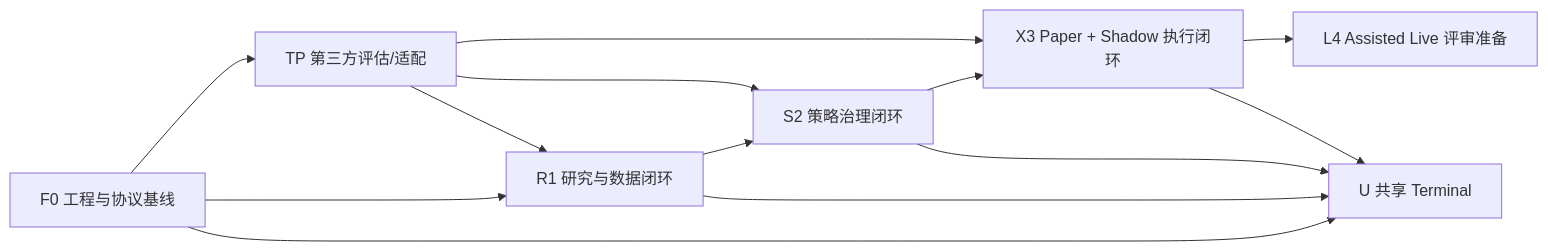
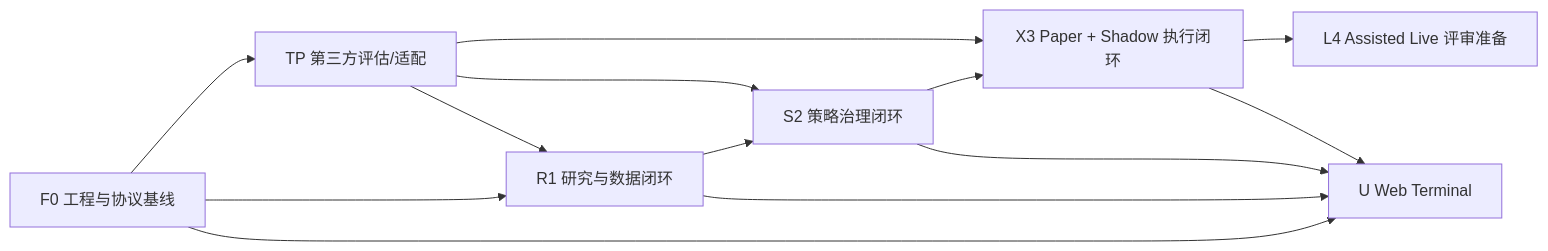
Before and after one commit to SumAlphaAI/QuantOS: the diagram in docs/SumAlpha-QuantOS-Development-Plan.md, drawn with Mermaid. The commit also changed other lines of this file and 1 other file, not shown here.

````diff
--- a/docs/SumAlpha-QuantOS-Development-Plan.md
+++ b/docs/SumAlpha-QuantOS-Development-Plan.md
@@ -107,15 +108,15 @@
 ```mermaid
 flowchart LR
   F["F0 工程与协议基线"] --> R["R1 研究与数据闭环"]
   R --> S["S2 策略治理闭环"]
   S --> X["X3 Paper + Shadow 执行闭环"]
   X --> L["L4 Assisted Live 评审准备"]
-  F --> U["U 共享 Terminal"]
+  F --> U["U Web Terminal"]
   R --> U
   S --> U
   X --> U
   F --> TP["TP 第三方评估/适配"]
   TP --> R
   TP --> S
   TP --> X
 ```
````
